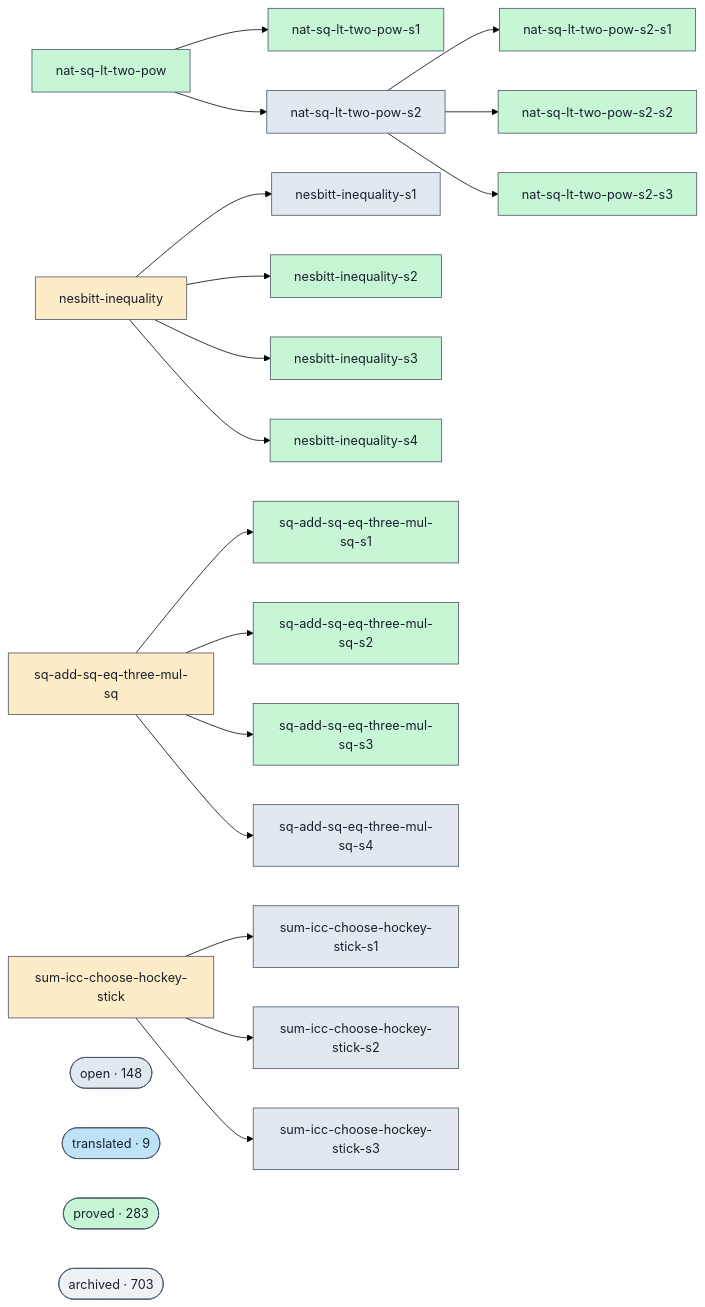
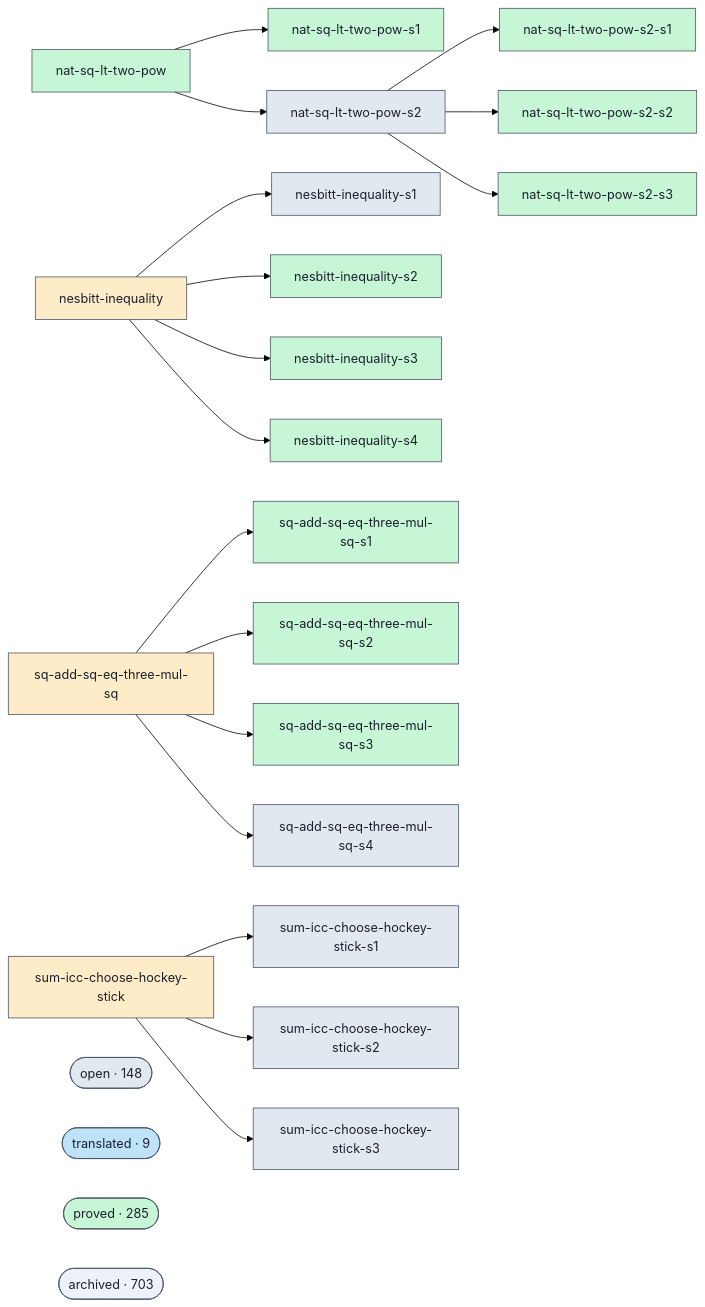
Before and after one commit to ohdearquant/unsorry: the diagram in docs/proofs-contributors-visualisation.md, drawn with Mermaid (forest theme). The commit also changed other lines of this file and 2 other files, not shown here.

```diff
--- a/docs/proofs-contributors-visualisation.md
+++ b/docs/proofs-contributors-visualisation.md
@@ -102,7 +102,7 @@
   class cluster_open open;
   cluster_translated(["translated · 9"])
   class cluster_translated translated;
-  cluster_proved(["proved · 283"])
+  cluster_proved(["proved · 285"])
   class cluster_proved proved;
   cluster_archived(["archived · 703"])
   class cluster_archived unknown;
```
